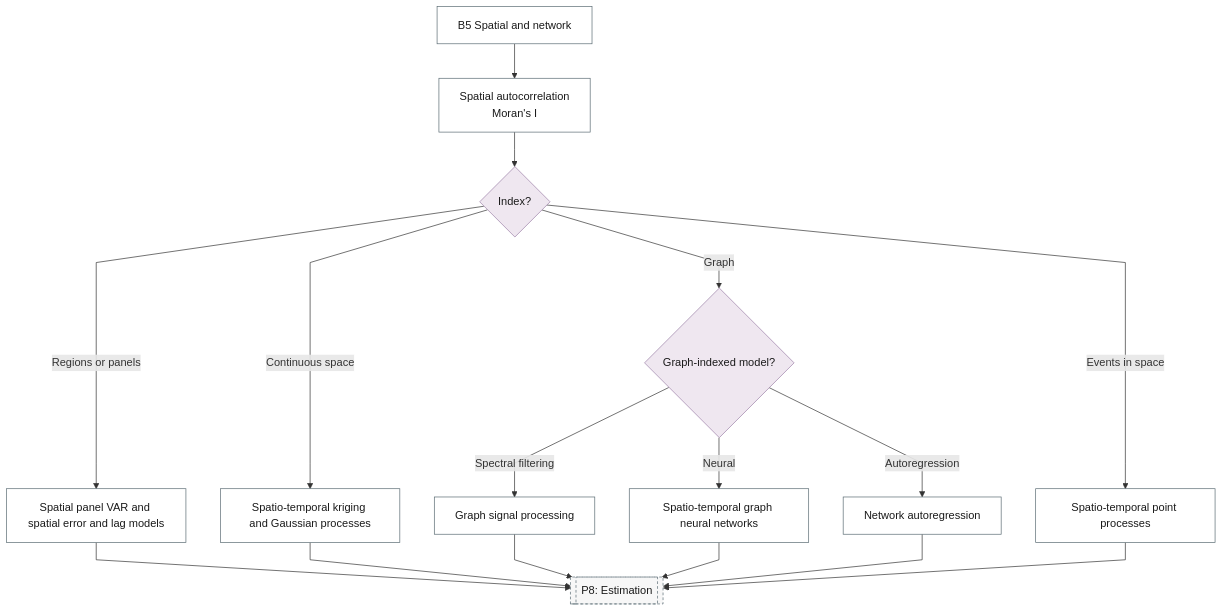
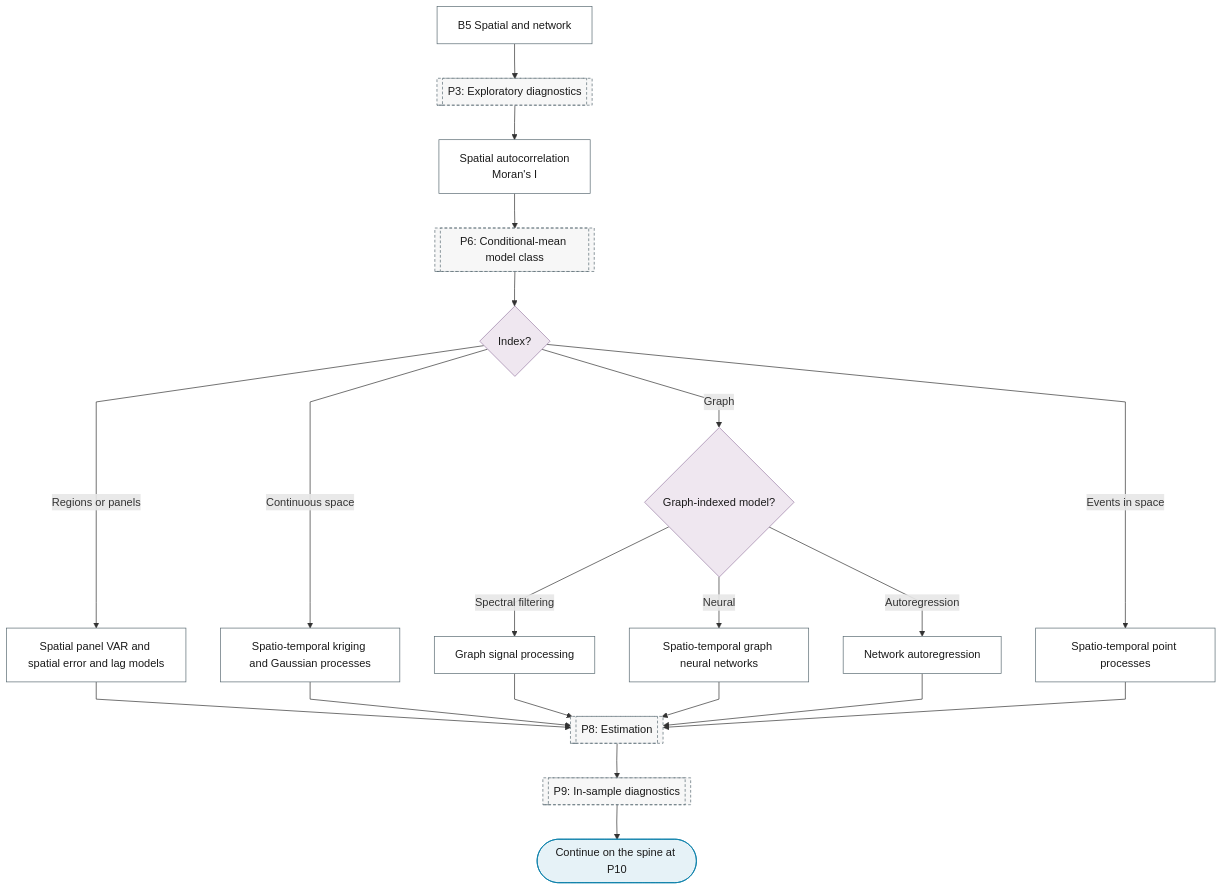
One commit to Shuxin-Y/time-series-analysis-manual changed the diagram in docs/reference/20-spatio-temporal/index.md. Above: the diagram before and after it, drawn with Mermaid. The commit also changed 8 other files, not shown here.

````diff
--- a/docs/reference/20-spatio-temporal/index.md
+++ b/docs/reference/20-spatio-temporal/index.md
@@ -7,26 +7,30 @@
 ```mermaid
 %%{init: {"flowchart": {"curve": "linear"}}}%%
 graph TD
-    B5["B5 Spatial and network"] --> B5_SPATIAL_AUTOCORRELATION["Spatial autocorrelation<br/>Moran's I"]
-    B5_SPATIAL_AUTOCORRELATION --> B5_INDEX{"Index?"}
+    B5["B5 Spatial and network"] --> P3[["P3: Exploratory diagnostics"]]
+    P3 --> B5_SPATIAL_AUTOCORRELATION["Spatial autocorrelation<br/>Moran's I"]
+    B5_SPATIAL_AUTOCORRELATION --> P6[["P6: Conditional-mean model class"]]
+    P6 --> B5_INDEX{"Index?"}
     B5_INDEX -->|"Regions or panels"| B5_SPATIAL_PANEL_VAR["Spatial panel VAR and spatial error and lag models"]
     B5_INDEX -->|"Continuous space"| B5_KRIGING["Spatio-temporal kriging and Gaussian processes"]
     B5_INDEX -->|"Graph"| B5_GRAPH_MODEL{"Graph-indexed model?"}
+    B5_INDEX -->|"Events in space"| B5_ST_POINT_PROCESS["Spatio-temporal point processes"]
     B5_GRAPH_MODEL -->|"Spectral filtering"| B5_GRAPH_SIGNAL["Graph signal processing"]
     B5_GRAPH_MODEL -->|"Neural"| B5_STGNN["Spatio-temporal graph neural networks"]
     B5_GRAPH_MODEL -->|"Autoregression"| B5_NETWORK_AR["Network autoregression"]
-    B5_INDEX -->|"Events in space"| B5_ST_POINT_PROCESS["Spatio-temporal point processes"]
-    B5_SPATIAL_PANEL_VAR & B5_KRIGING & B5_GRAPH_SIGNAL & B5_STGNN --> P8
-    B5_NETWORK_AR & B5_ST_POINT_PROCESS --> P8[["P8: Estimation"]]
+    B5_SPATIAL_PANEL_VAR & B5_KRIGING & B5_GRAPH_SIGNAL & B5_STGNN & B5_NETWORK_AR & B5_ST_POINT_PROCESS --> P8[["P8: Estimation"]]
+    P8 --> P9[["P9: In-sample diagnostics"]]
+    P9 --> B5_OUT(["Continue on the spine at P10"])
+    class B5_OUT terminator
     class B5_INDEX,B5_GRAPH_MODEL decision
     class B5,B5_SPATIAL_AUTOCORRELATION,B5_SPATIAL_PANEL_VAR,B5_KRIGING,B5_GRAPH_SIGNAL,B5_STGNN,B5_NETWORK_AR,B5_ST_POINT_PROCESS process
-    class P8 ref
+    class P3,P6,P8,P9 ref
     classDef terminator fill:#E6F2F7,stroke:#007BA7,color:#1A1A1A;
     classDef process fill:#FFFFFF,stroke:#5A6B73,color:#1A1A1A;
     classDef decision fill:#EFE7F0,stroke:#9B7FA7,color:#1A1A1A;
     classDef data fill:#FFF4E0,stroke:#C9A55E,color:#1A1A1A;
     classDef good fill:#DCEFD8,stroke:#4A7A3F,color:#1A1A1A;
     classDef escalate fill:#FFE9C2,stroke:#C9A55E,color:#1A1A1A;
     classDef problem fill:#F2D9DE,stroke:#800020,color:#1A1A1A;
     classDef ref fill:#F7F7F7,stroke:#5A6B73,color:#1A1A1A,stroke-dasharray:4 3;
 ```
````
